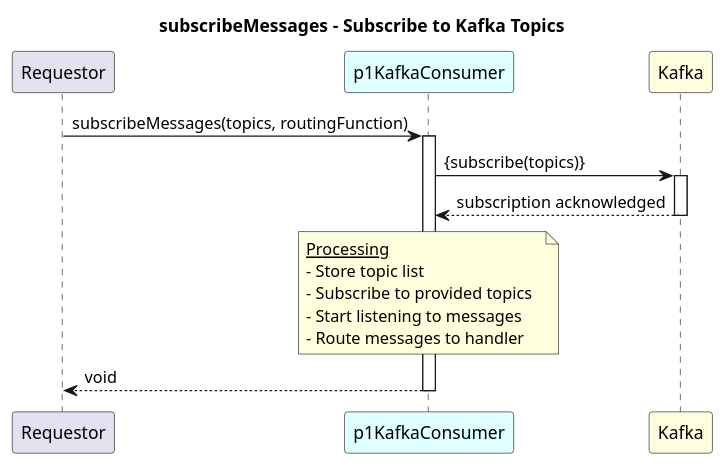
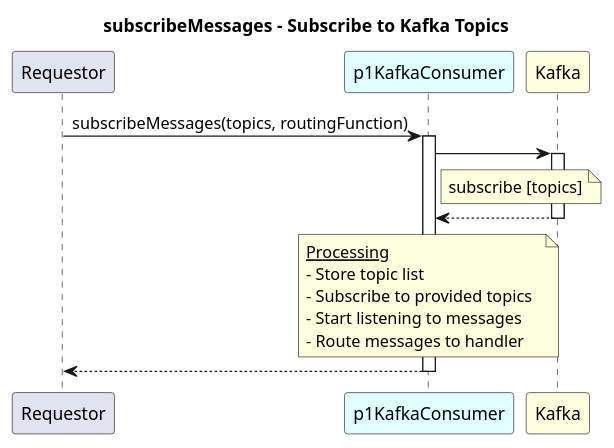
The diagram in spec/genericFunctions/applicationPattern/KafkaConsumerService/diagrams/subscribeMessages.plantuml (openBackhaul/ApplicationPattern), drawn with PlantUML before and after one commit. The commit also changed 17 other files, not shown here.

Commit message:
minor updates in diagrams

```diff
--- a/spec/genericFunctions/applicationPattern/KafkaConsumerService/diagrams/subscribeMessages.plantuml
+++ b/spec/genericFunctions/applicationPattern/KafkaConsumerService/diagrams/subscribeMessages.plantuml
@@ -1,32 +1,36 @@
 @startuml subscribeMessages
 skinparam responseMessageBelowArrow true
 
 title
 subscribeMessages – Subscribe to Kafka Topics
 end title
 
 participant "Requestor" as requestor
 participant "p1KafkaConsumer" as subscribe #LightCyan
 participant "Kafka" as kafka #LightYellow
 
 requestor -> subscribe: subscribeMessages(topics, routingFunction)
 activate subscribe
 
-subscribe -> kafka: {subscribe(topics)}
+subscribe -> kafka
 activate kafka
 
-kafka --> subscribe: subscription acknowledged
+note right of subscribe 
+ subscribe [topics]
+end note
+
+kafka --> subscribe
 deactivate kafka
 
 note over subscribe
   <u>Processing</u>
   - Store topic list  
   - Subscribe to provided topics  
   - Start listening to messages  
   - Route messages to handler  
 end note
 
-subscribe --> requestor: void
+subscribe --> requestor
 deactivate subscribe
 
 @enduml
```
